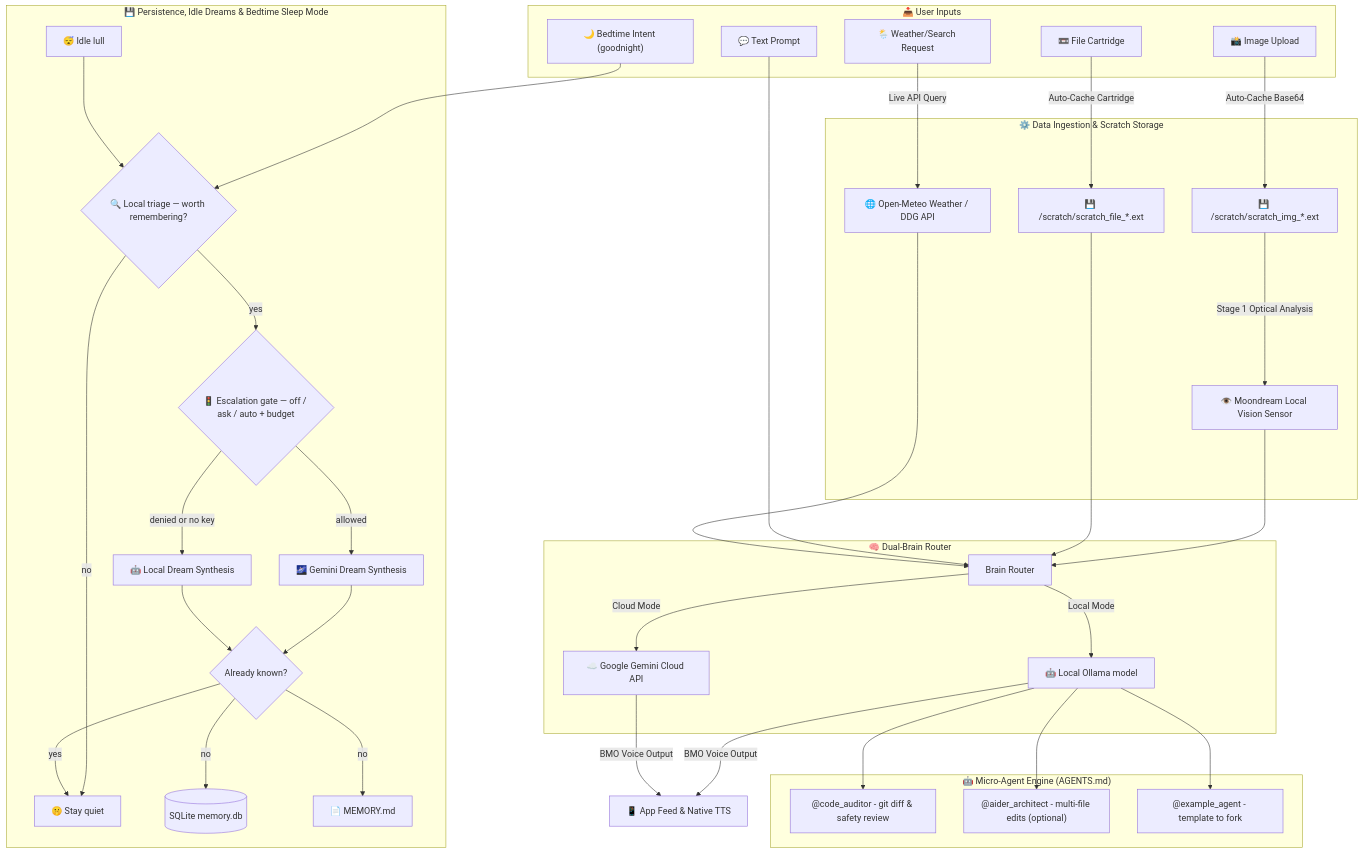
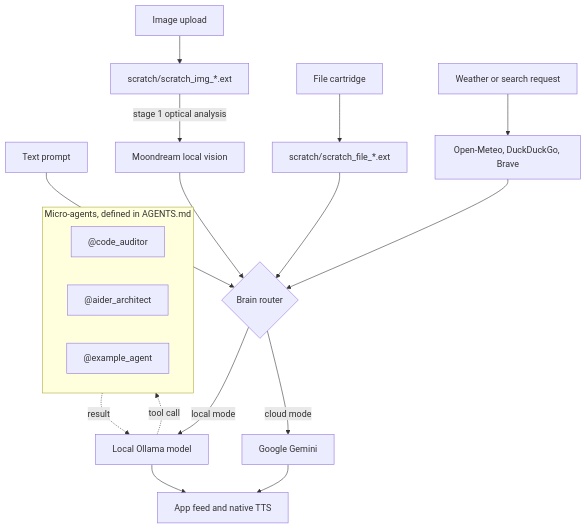
One commit to Theofiledes/more changed the first of 2 diagrams in README.md. Above: the diagram before and after it, drawn with Mermaid. The commit also changed other lines of this file, not shown here.

Commit message:
docs(readme): split the mermaid diagram in two and quote every label
The single flowchart tried to show the request pipeline and the dream pipeline
at once. Rendered, it sprawled sideways with subgraphs scattered left to right
and edges crossing the whole width — unreadable even at 1600px, and the dream
half only duplicated the ASCII diagram directly above it.

It also carried an unquoted ampersand in "App Feed & Native TTS". `&` is
mermaid's node-chaining operator, so an unquoted one is a parse error on
stricter renderers even where mermaid-cli accepts it — the most likely reason it
broke on GitHub specifically.

Now two top-down flows, one for a request and one for a dream, with every label
quoted so no operator character can be read as syntax. Both verified by
rendering: mermaid-cli v11 and v10, extracted straight back out of the README
rather than from a copy, so what was checked is what ships.

Claude-Session: https://claude.ai/code/session_0171McFwY7q2t9bGetR5nkHQ

````diff
--- a/README.md
+++ b/README.md
@@ -354,49 +356,28 @@
 ```mermaid
 flowchart TD
-    subgraph Inputs ["📥 User Inputs"]
-        A[💬 Text Prompt]
-        B[📸 Image Upload]
-        C[📼 File Cartridge]
-        D[🌦️ Weather/Search Request]
-        E["🌙 Bedtime Intent (goodnight)"]
+    A["Text prompt"] --> R
+    B["Image upload"] --> S1["scratch/scratch_img_*.ext"]
+    C["File cartridge"] --> S2["scratch/scratch_file_*.ext"]
+    D["Weather or search request"] --> W1["Open-Meteo, DuckDuckGo, Brave"]
+
+    S1 -->|"stage 1 optical analysis"| M1["Moondream local vision"]
+    M1 --> R
+    S2 --> R
+    W1 --> R
+
+    R{"Brain router"}
+    R -->|"local mode"| L1["Local Ollama model"]
+    R -->|"cloud mode"| G1["Google Gemini"]
+
+    subgraph AGENTS["Micro-agents, defined in AGENTS.md"]
+        AG1["@code_auditor"]
+        AG2["@aider_architect"]
+        AG3["@example_agent"]
     end
 
-    subgraph Pipeline ["⚙️ Data Ingestion & Scratch Storage"]
-        B -->|Auto-Cache Base64| S1[💾 /scratch/scratch_img_*.ext]
-        C -->|Auto-Cache Cartridge| S2[💾 /scratch/scratch_file_*.ext]
-        S1 -->|Stage 1 Optical Analysis| M1[👁️ Moondream Local Vision Sensor]
-        D -->|Live API Query| W1[🌐 Open-Meteo Weather / DDG API]
-    end
+    L1 -.->|"tool call"| AGENTS
+    AGENTS -.->|"result"| L1
 
-    subgraph BrainRouter ["🧠 Dual-Brain Router"]
-        M1 --> R[Brain Router]
-        S2 --> R
-        A --> R
-        W1 --> R
-        R -->|Local Mode| L1[🤖 Local Ollama model]
-        R -->|Cloud Mode| G1[☁️ Google Gemini Cloud API]
-    end
-
-    subgraph SubRoutines ["🤖 Micro-Agent Engine (AGENTS.md)"]
-        L1 --> AG1["@code_auditor - git diff & safety review"]
-        L1 --> AG2["@aider_architect - multi-file edits (optional)"]
-        L1 --> AG3["@example_agent - template to fork"]
-    end
-
-    subgraph MemoryPersistence ["💾 Persistence, Idle Dreams & Bedtime Sleep Mode"]
-        E --> TR{"🔍 Local triage — worth remembering?"}
-        IDLE[😴 Idle lull] --> TR
-        TR -->|no| QUIET[🤫 Stay quiet]
-        TR -->|yes| GATE{"🚦 Escalation gate — off / ask / auto + budget"}
-        GATE -->|allowed| DS[🌌 Gemini Dream Synthesis]
-        GATE -->|denied or no key| DL[🤖 Local Dream Synthesis]
-        DS --> DEDUP{Already known?}
-        DL --> DEDUP
-        DEDUP -->|yes| QUIET
-        DEDUP -->|no| DB[(SQLite memory.db)]
-        DEDUP -->|no| MD[📄 MEMORY.md]
-    end
-
-    L1 -->|BMO Voice Output| UI[📱 App Feed & Native TTS]
-    G1 -->|BMO Voice Output| UI
+    L1 --> UI["App feed and native TTS"]
+    G1 --> UI
 ```
````
